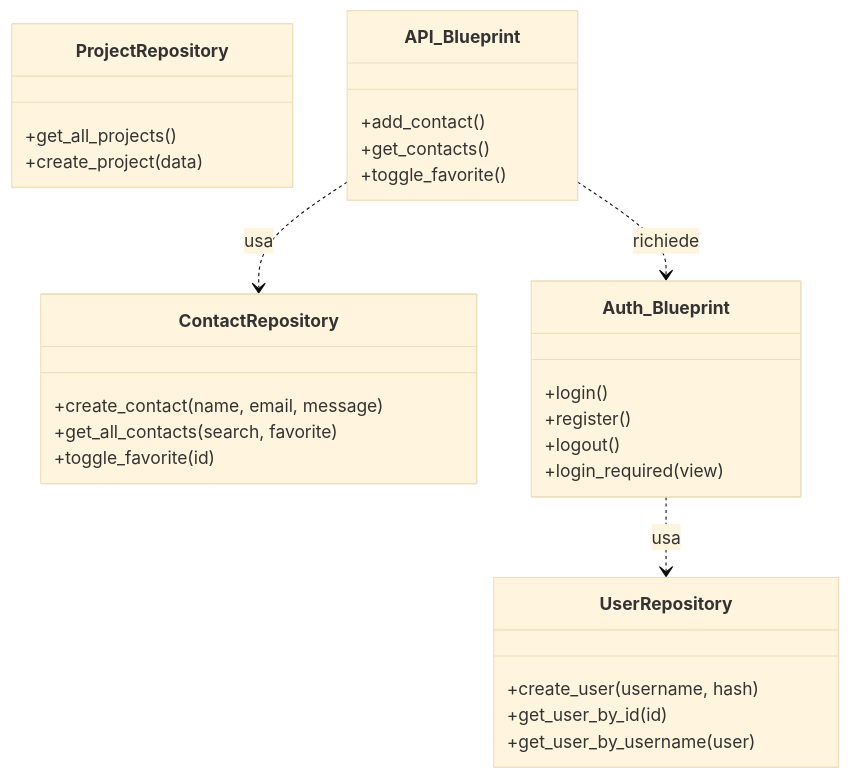
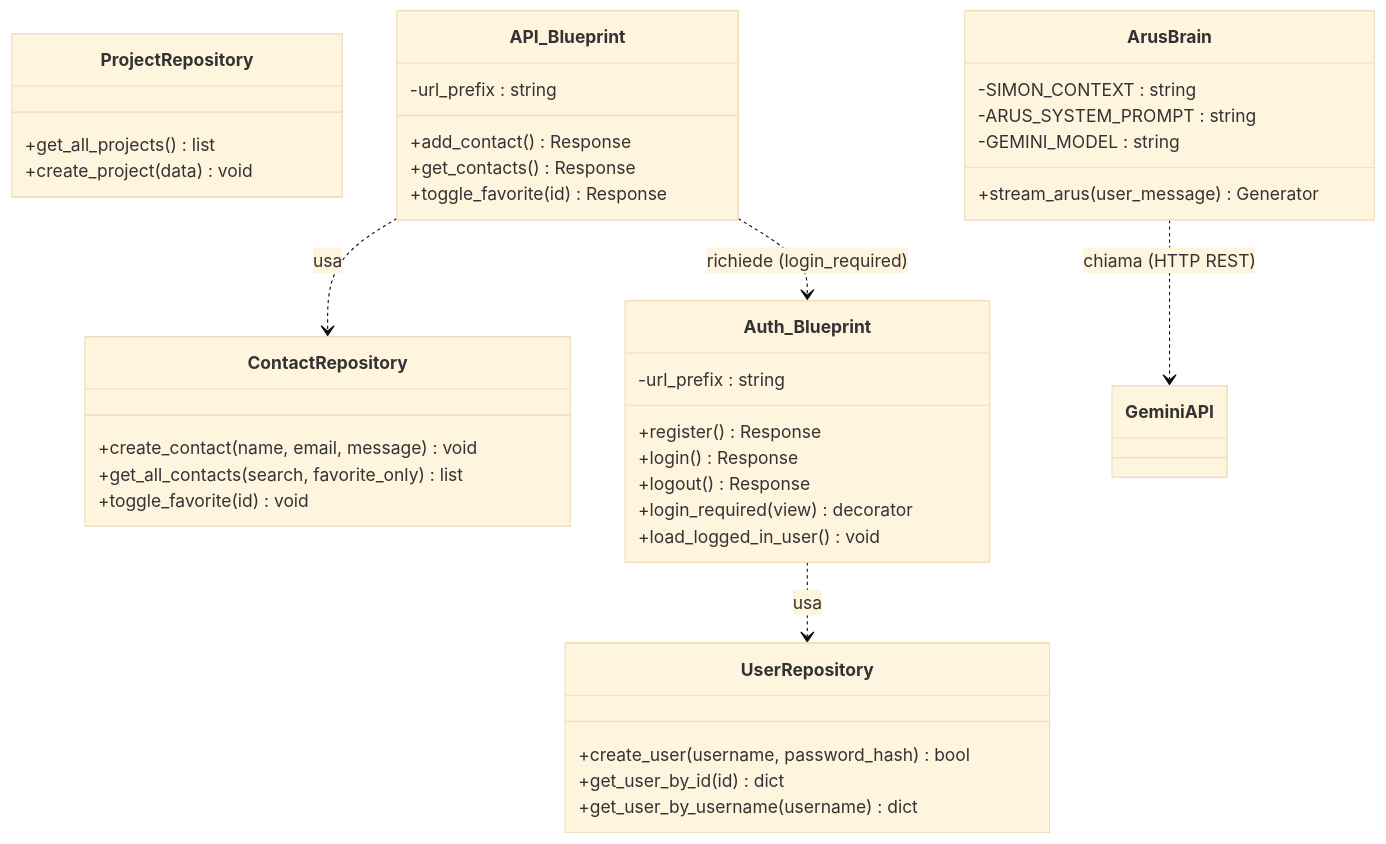
Before and after one commit to simonkolaaa/portfolio-backend: the second of 5 diagrams in docs/DOCUMENTAZIONE.md, drawn with Mermaid (base theme). The commit also changed other lines of this file, not shown here.

Commit message:
docs: aggiorna DOCUMENTAZIONE.md con ER, UML, casi d'uso e Gantt

````diff
--- a/docs/DOCUMENTAZIONE.md
+++ b/docs/DOCUMENTAZIONE.md
@@ -44,32 +98,43 @@
 ```mermaid
 classDiagram
     class UserRepository {
-        +create_user(username, hash)
-        +get_user_by_id(id)
-        +get_user_by_username(user)
+        +create_user(username, password_hash) bool
+        +get_user_by_id(id) dict
+        +get_user_by_username(username) dict
     }
     class ContactRepository {
-        +create_contact(name, email, message)
-        +get_all_contacts(search, favorite)
-        +toggle_favorite(id)
+        +create_contact(name, email, message) void
+        +get_all_contacts(search, favorite_only) list
+        +toggle_favorite(id) void
     }
     class ProjectRepository {
-        +get_all_projects()
-        +create_project(data)
+        +get_all_projects() list
+        +create_project(data) void
     }
+
     class Auth_Blueprint {
-        +login()
-        +register()
-        +logout()
-        +login_required(view)
+        -url_prefix : string
+        +register() Response
+        +login() Response
+        +logout() Response
+        +login_required(view) decorator
+        +load_logged_in_user() void
     }
     class API_Blueprint {
-        +add_contact()
-        +get_contacts()
-        +toggle_favorite()
+        -url_prefix : string
+        +add_contact() Response
+        +get_contacts() Response
+        +toggle_favorite(id) Response
     }
-    
+    class ArusBrain {
+        -SIMON_CONTEXT : string
+        -ARUS_SYSTEM_PROMPT : string
+        -GEMINI_MODEL : string
+        +stream_arus(user_message) Generator
+    }
+
     API_Blueprint ..> ContactRepository : usa
-    API_Blueprint ..> Auth_Blueprint : richiede
+    API_Blueprint ..> Auth_Blueprint : richiede (login_required)
     Auth_Blueprint ..> UserRepository : usa
+    ArusBrain ..> GeminiAPI : chiama (HTTP REST)
 ```
````
